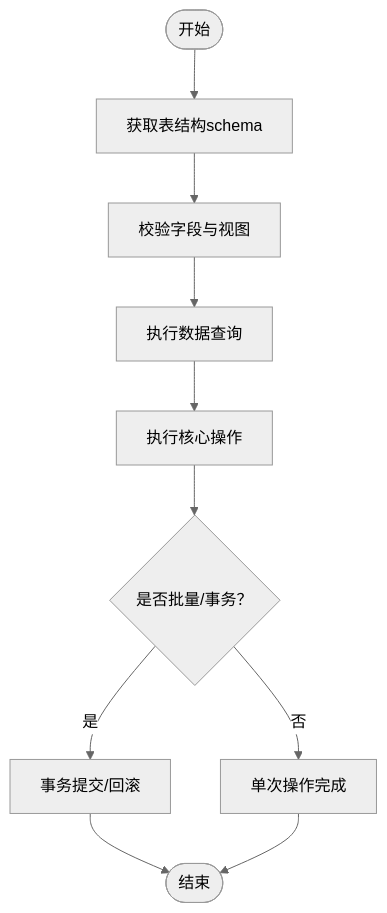
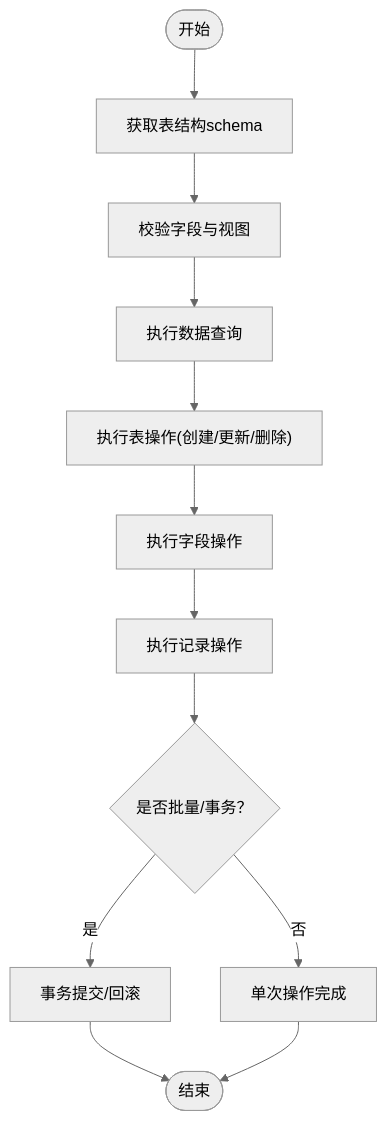
The fifth of 7 diagrams in .qoder/repowiki/zh/content/验证引擎/金山API集成.md (Ren-chao02/wps_dbsheet_examination_system), drawn with Mermaid (neutral theme) before and after one commit. The commit also changed other lines of this file and 64 other files, not shown here.

````diff
--- a/.qoder/repowiki/zh/content/验证引擎/金山API集成.md
+++ b/.qoder/repowiki/zh/content/验证引擎/金山API集成.md
@@ -181,12 +198,14 @@
 ```mermaid
 flowchart TD
 S(["开始"]) --> GetSchema["获取表结构schema"]
 GetSchema --> ValidateFields["校验字段与视图"]
 ValidateFields --> QueryData["执行数据查询"]
-QueryData --> Operate["执行核心操作"]
-Operate --> Commit{"是否批量/事务？"}
+QueryData --> CreateTable["执行表操作(创建/更新/删除)"]
+CreateTable --> CreateField["执行字段操作"]
+CreateField --> CreateRecord["执行记录操作"]
+CreateRecord --> Commit{"是否批量/事务？"}
 Commit --> |是| Txn["事务提交/回滚"]
 Commit --> |否| Single["单次操作完成"]
 Txn --> End(["结束"])
 Single --> End
 ```
````
